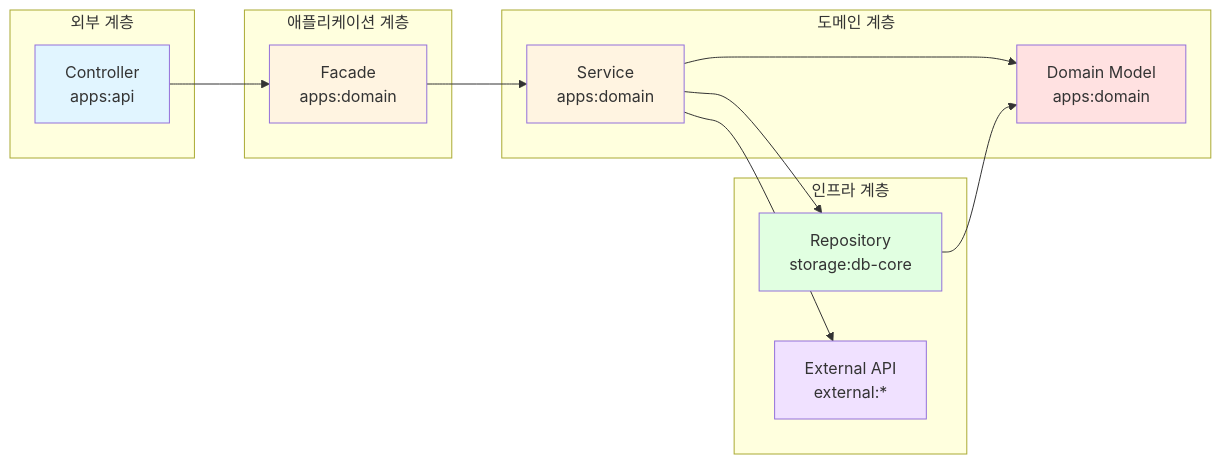
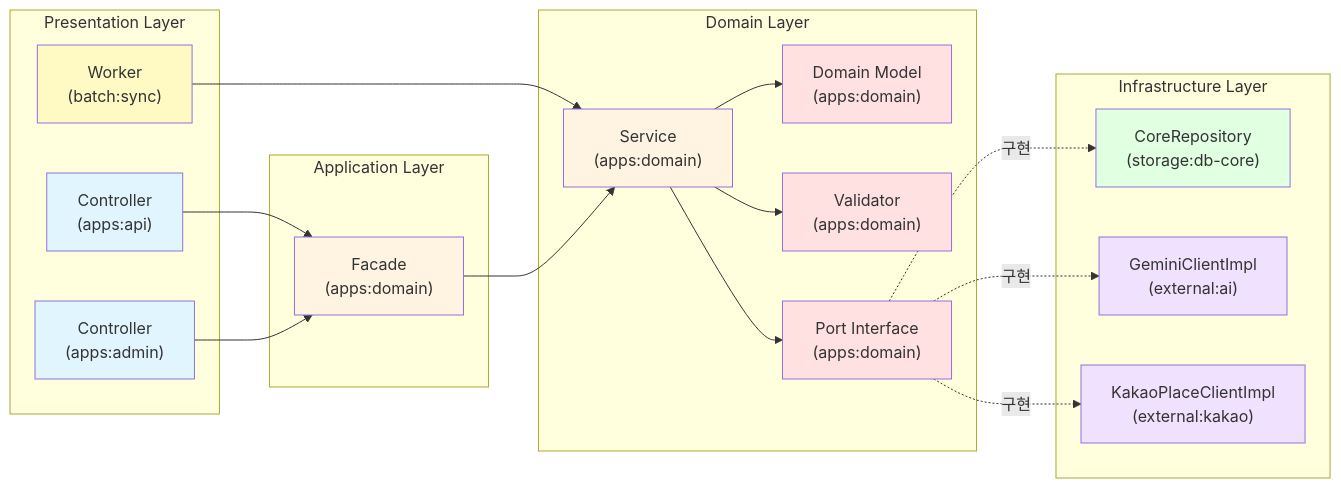
One commit to Nexters/hereeat-server changed the second of 7 diagrams in docs/architecture/multi-module-structure.md. Above: the diagram before and after it, drawn with Mermaid. The commit also changed other lines of this file and 17 other files, not shown here.

````diff
--- a/docs/architecture/multi-module-structure.md
+++ b/docs/architecture/multi-module-structure.md
@@ -104,34 +302,50 @@
 ```mermaid
 graph LR
-    subgraph "외부 계층"
-        Controller[Controller<br/>apps:api]
+    subgraph "Presentation Layer"
+        C1["Controller<br/>(apps:api)"]
+        C2["Controller<br/>(apps:admin)"]
+        W["Worker<br/>(batch:sync)"]
     end
 
-    subgraph "애플리케이션 계층"
-        Facade[Facade<br/>apps:domain]
+    subgraph "Application Layer"
+        F["Facade<br/>(apps:domain)"]
     end
 
-    subgraph "도메인 계층"
-        Service[Service<br/>apps:domain]
-        Domain[Domain Model<br/>apps:domain]
+    subgraph "Domain Layer"
+        S["Service<br/>(apps:domain)"]
+        D["Domain Model<br/>(apps:domain)"]
+        V["Validator<br/>(apps:domain)"]
+        P["Port Interface<br/>(apps:domain)"]
     end
 
-    subgraph "인프라 계층"
-        Repository[Repository<br/>storage:db-core]
-        External[External API<br/>external:*]
+    subgraph "Infrastructure Layer"
+        R["CoreRepository<br/>(storage:db-core)"]
+        E1["GeminiClientImpl<br/>(external:ai)"]
+        E2["KakaoPlaceClientImpl<br/>(external:kakao)"]
     end
 
-    Controller --> Facade
-    Facade --> Service
-    Service --> Domain
-    Service --> Repository
-    Service --> External
-    Repository --> Domain
+    C1 --> F
+    C2 --> F
+    W --> S
 
-    style Controller fill:#e1f5ff
-    style Facade fill:#fff4e1
-    style Service fill:#fff4e1
-    style Domain fill:#ffe1e1
-    style Repository fill:#e1ffe1
-    style External fill:#f0e1ff
+    F --> S
+    S --> D
+    S --> V
+    S --> P
+
+    P -.->|"구현"| R
+    P -.->|"구현"| E1
+    P -.->|"구현"| E2
+
+    style C1 fill:#e1f5ff
+    style C2 fill:#e1f5ff
+    style W fill:#fff9c4
+    style F fill:#fff4e1
+    style S fill:#fff4e1
+    style D fill:#ffe1e1
+    style V fill:#ffe1e1
+    style P fill:#ffe1e1
+    style R fill:#e1ffe1
+    style E1 fill:#f0e1ff
+    style E2 fill:#f0e1ff
 ```
````
